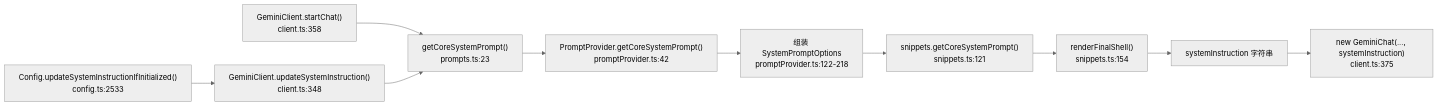
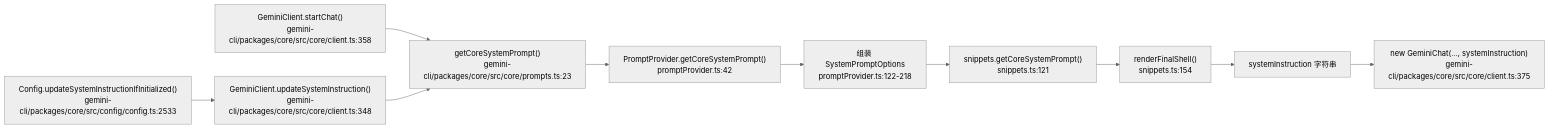
One commit to feuyeux/hello-olleh changed the third of 6 diagrams in hello-gemini-cli/03-agent-loop.md. Above: the diagram before and after it, drawn with Mermaid. The commit also changed other lines of this file and 36 other files, not shown here.

````diff
--- a/hello-gemini-cli/03-agent-loop.md
+++ b/hello-gemini-cli/03-agent-loop.md
@@ -135,13 +135,13 @@
 ```mermaid
 %%{init: {'theme': 'neutral'}}%%
 flowchart LR
-    A["GeminiClient.startChat()<br/>client.ts:358"] --> B["getCoreSystemPrompt()<br/>prompts.ts:23"]
+    A["GeminiClient.startChat()<br/>gemini-cli/packages/core/src/core/client.ts:358"] --> B["getCoreSystemPrompt()<br/>gemini-cli/packages/core/src/core/prompts.ts:23"]
     B --> C["PromptProvider.getCoreSystemPrompt()<br/>promptProvider.ts:42"]
     C --> D["组装 SystemPromptOptions<br/>promptProvider.ts:122-218"]
     D --> E["snippets.getCoreSystemPrompt()<br/>snippets.ts:121"]
     E --> F["renderFinalShell()<br/>snippets.ts:154"]
     F --> G["systemInstruction 字符串"]
-    G --> H["new GeminiChat(..., systemInstruction)<br/>client.ts:375"]
-    I["Config.updateSystemInstructionIfInitialized()<br/>config.ts:2533"] --> J["GeminiClient.updateSystemInstruction()<br/>client.ts:348"]
+    G --> H["new GeminiChat(..., systemInstruction)<br/>gemini-cli/packages/core/src/core/client.ts:375"]
+    I["Config.updateSystemInstructionIfInitialized()<br/>gemini-cli/packages/core/src/config/config.ts:2533"] --> J["GeminiClient.updateSystemInstruction()<br/>gemini-cli/packages/core/src/core/client.ts:348"]
     J --> B
 ```
````
